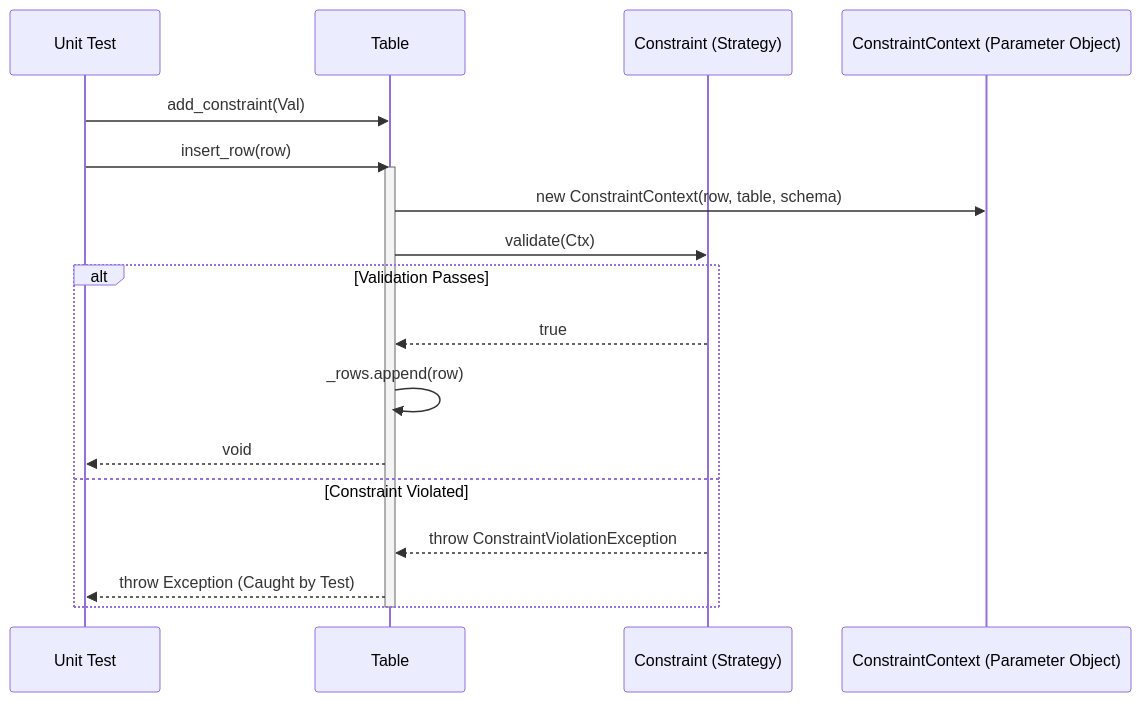
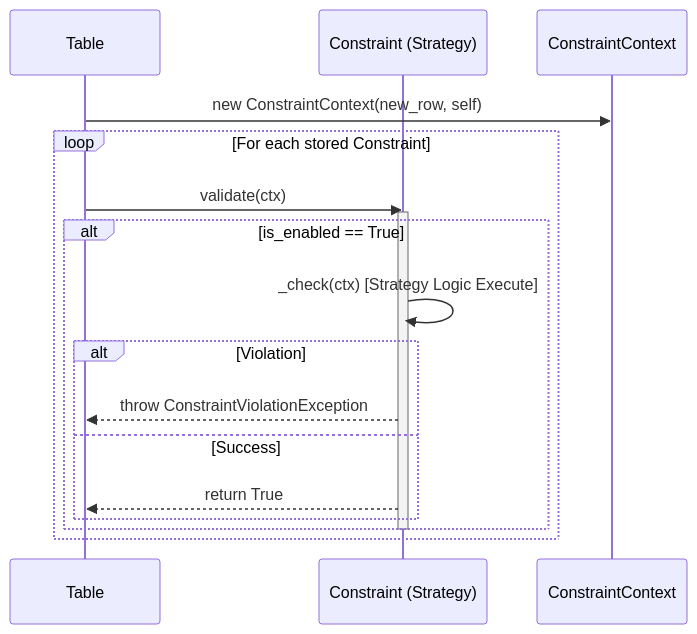
Diagram 16 of 27 in docs/readme.md (Ricky13170/bbv_DBMS), drawn with Mermaid before and after one commit. The commit also changed other lines of this file, not shown here.

Commit message:
fix strategy

````diff
--- a/docs/readme.md
+++ b/docs/readme.md
@@ -815,25 +860,21 @@
 ```mermaid
 sequenceDiagram
-    participant Test as Unit Test
     participant Table
     participant Val as Constraint (Strategy)
-    participant Ctx as ConstraintContext (Parameter Object)
+    participant Ctx as ConstraintContext
     
-    Test->>Table: add_constraint(Val)
-    Test->>Table: insert_row(row)
-    activate Table
-    
-    %% Create Parameter Object wrapping candidate row, table, and schema
-    Table->>Ctx: new ConstraintContext(row, table, schema)
-    
-    Table->>Val: validate(Ctx)
-    alt Validation Passes
-        Val-->>Table: true
-        Table->>Table: _rows.append(row)
-        Table-->>Test: void
-    else Constraint Violated
-        Val-->>Table: throw ConstraintViolationException
-        Table-->>Test: throw Exception (Caught by Test)
+    Table->>Ctx: new ConstraintContext(new_row, self)
+    loop For each stored Constraint
+        Table->>Val: validate(ctx)
+        activate Val
+        alt is_enabled == True
+            Val->>Val: _check(ctx) [Strategy Logic Execute]
+            alt Violation
+                Val-->>Table: throw ConstraintViolationException
+            else Success
+                Val-->>Table: return True
+            end
+        end
+        deactivate Val
     end
-    deactivate Table
 ```
````
